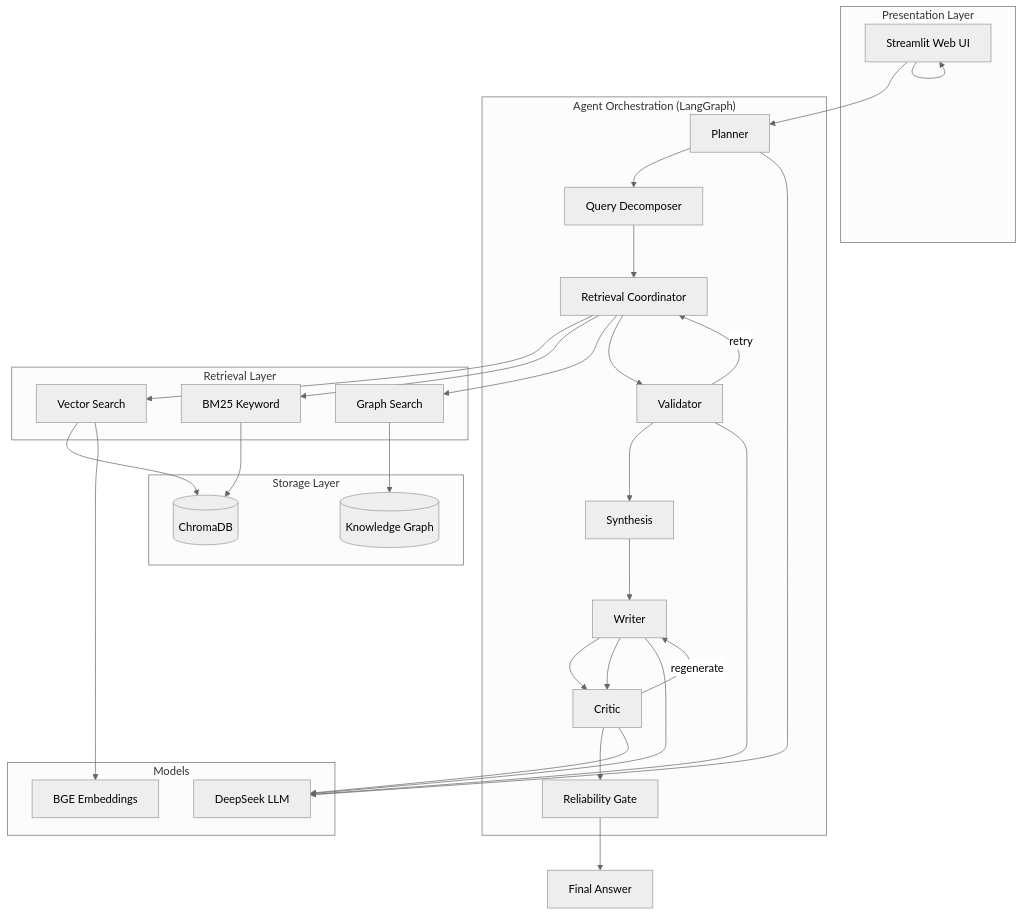
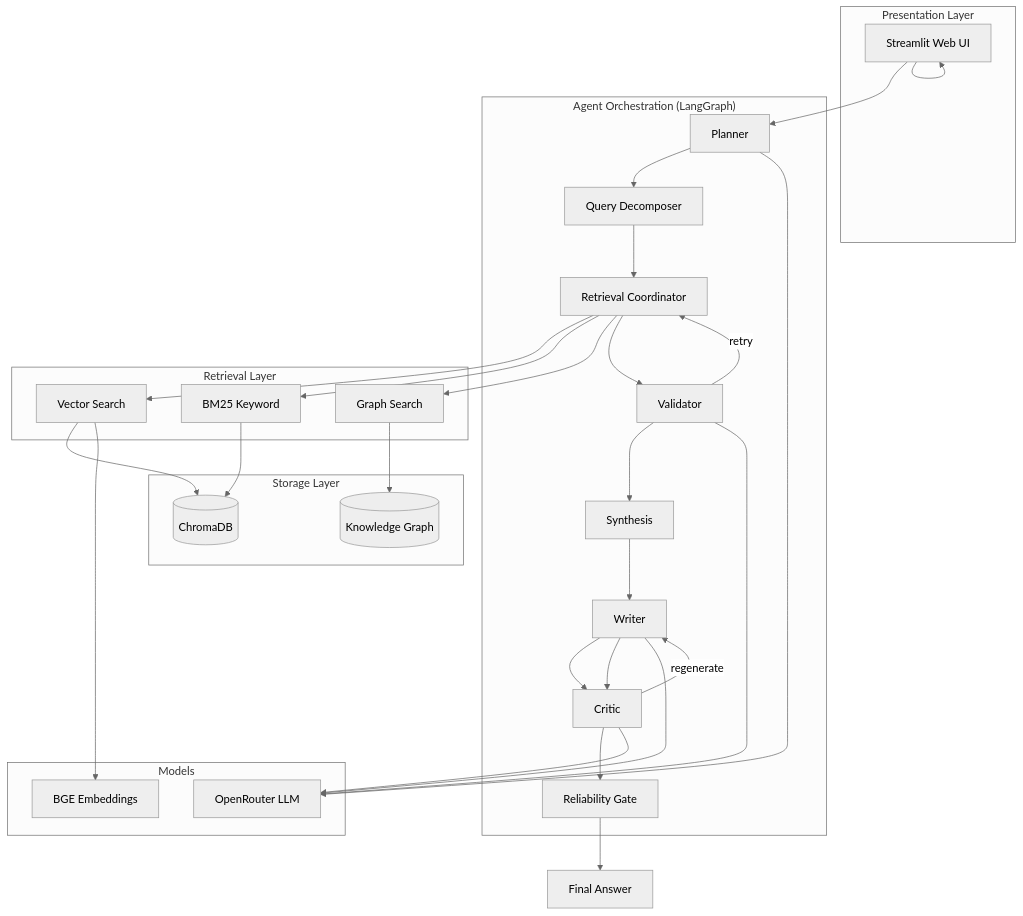
One commit to SAYURIqvq/newnewnew-rag changed the first of 2 diagrams in docs/THESIS_ARCHITECTURE.md. Above: the diagram before and after it, drawn with Mermaid (neutral theme). The commit also changed 23 other files, not shown here.

````diff
--- a/docs/THESIS_ARCHITECTURE.md
+++ b/docs/THESIS_ARCHITECTURE.md
@@ -9,46 +9,46 @@
 ```mermaid
 flowchart TB
   subgraph UI["Presentation Layer"]
     ST[Streamlit Web UI]
   end
 
   subgraph Orchestration["Agent Orchestration (LangGraph)"]
     P[Planner]
     D[Query Decomposer]
     RC[Retrieval Coordinator]
     V[Validator]
     SY[Synthesis]
     W[Writer]
     CR[Critic]
     RG[Reliability Gate]
   end
 
   subgraph Retrieval["Retrieval Layer"]
     VS[Vector Search]
     BM[BM25 Keyword]
     GR[Graph Search]
   end
 
   subgraph Storage["Storage Layer"]
     CH[(ChromaDB)]
     KG[(Knowledge Graph)]
   end
 
   subgraph Models["Models"]
-    LLM[DeepSeek LLM]
+    LLM[OpenRouter LLM]
     EMB[BGE Embeddings]
   end
 
   ST --> P --> D --> RC
   RC --> VS & BM & GR
   VS & BM --> CH
   GR --> KG
   RC --> V --> SY --> W --> CR --> RG
   W --> CR
   CR -->|regenerate| W
   RG --> A[Final Answer]
   V -->|retry| RC
   VS --> EMB
   W & P & V & CR --> LLM
   ST --> ST
 ```
````
